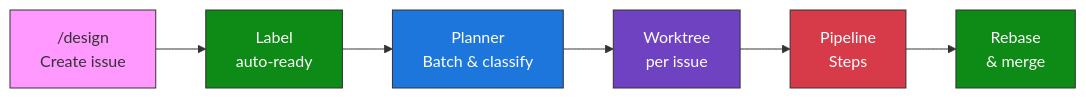
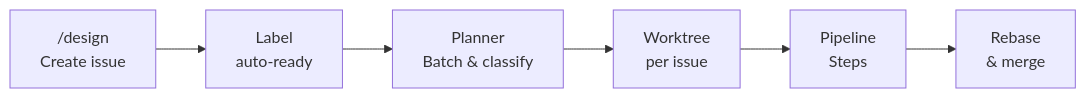
The first of 5 diagrams in README.md (clayharmon/ocak), drawn with Mermaid before and after one commit. The commit also changed other lines of this file, not shown here.

First line of the commit message:
fix: use <br> for mermaid line breaks, remove custom colors

````diff
--- a/README.md
+++ b/README.md
@@ -29,15 +29,8 @@
 ```mermaid
 flowchart LR
-    A["/design\nCreate issue"] --> B["Label\nauto-ready"]
-    B --> C["Planner\nBatch & classify"]
-    C --> D["Worktree\nper issue"]
-    D --> E["Pipeline\nSteps"]
-    E --> F["Rebase\n& merge"]
-
-    style A fill:#f9f,stroke:#333
-    style B fill:#0e8a16,stroke:#333,color:#fff
-    style C fill:#1d76db,stroke:#333,color:#fff
-    style D fill:#6f42c1,stroke:#333,color:#fff
-    style E fill:#d73a49,stroke:#333,color:#fff
-    style F fill:#0e8a16,stroke:#333,color:#fff
+    A["/design<br>Create issue"] --> B["Label<br>auto-ready"]
+    B --> C["Planner<br>Batch & classify"]
+    C --> D["Worktree<br>per issue"]
+    D --> E["Pipeline<br>Steps"]
+    E --> F["Rebase<br>& merge"]
 ```
````
